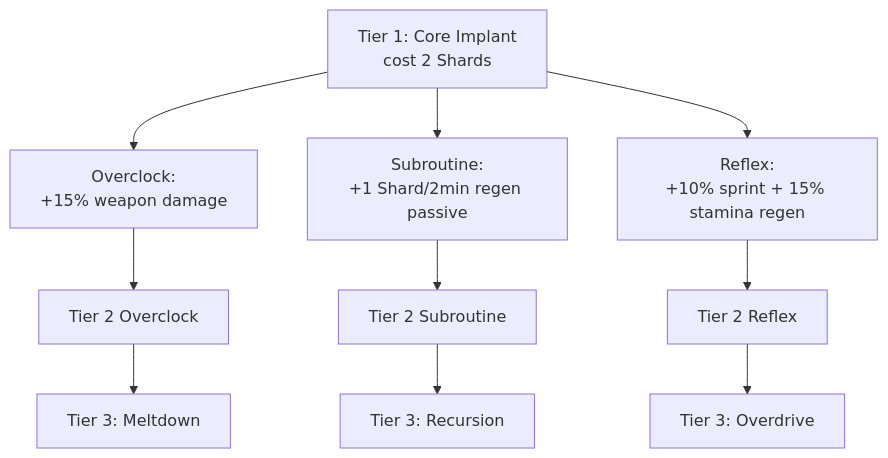
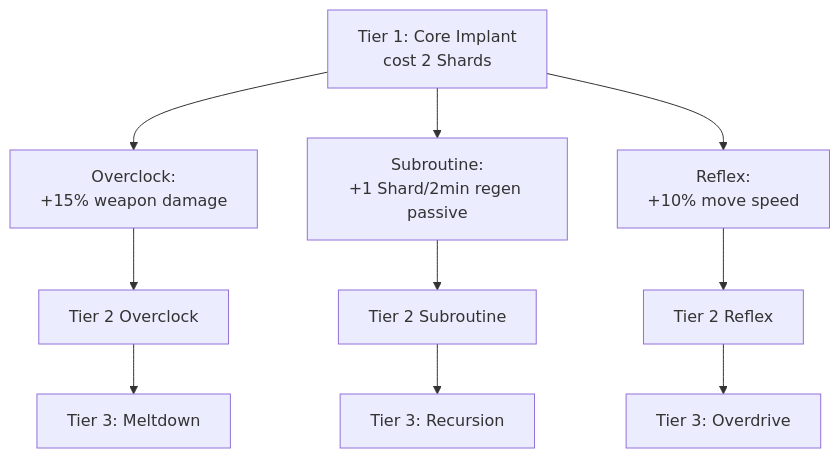
One commit to JordanUrbaezLu/abandoned_cyber_city_zombies changed the diagram in docs/03_progression_and_skills.md. Above: the diagram before and after it, drawn with Mermaid. The commit also changed other lines of this file and 134 other files, not shown here.

````diff
--- a/docs/03_progression_and_skills.md
+++ b/docs/03_progression_and_skills.md
@@ -68,11 +68,11 @@
 ```mermaid
 flowchart TD
     T1[Tier 1: Core Implant<br/>cost 2 Shards]
     T1 --> OC1[Overclock:<br/>+15% weapon damage]
     T1 --> SR1[Subroutine:<br/>+1 Shard/2min regen passive]
-    T1 --> RX1[Reflex:<br/>+10% sprint + 15% stamina regen]
+    T1 --> RX1[Reflex:<br/>+10% move speed]
 
     OC1 --> T2OC[Tier 2 Overclock] --> T3OC[Tier 3: Meltdown]
     SR1 --> T2SR[Tier 2 Subroutine] --> T3SR[Tier 3: Recursion]
     RX1 --> T2RX[Tier 2 Reflex] --> T3RX[Tier 3: Overdrive]
 ```
````
